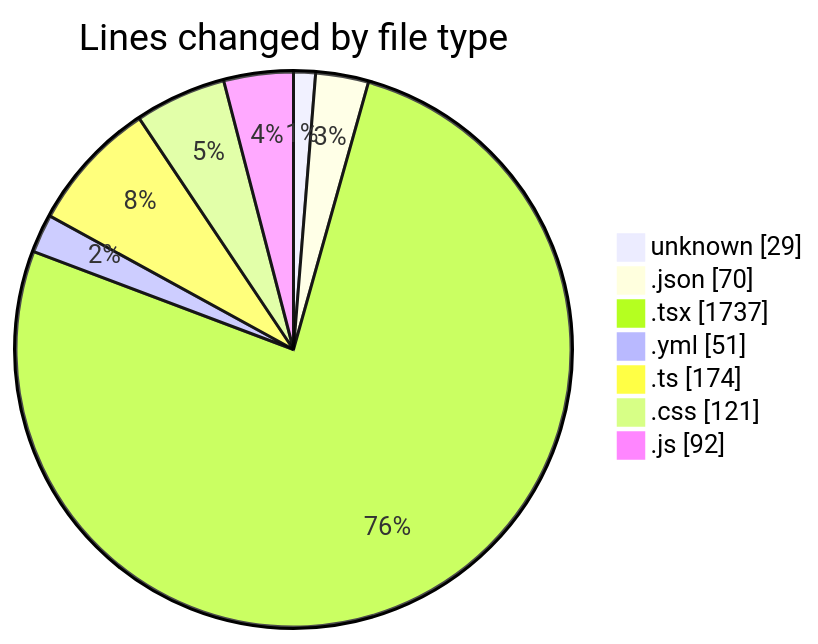
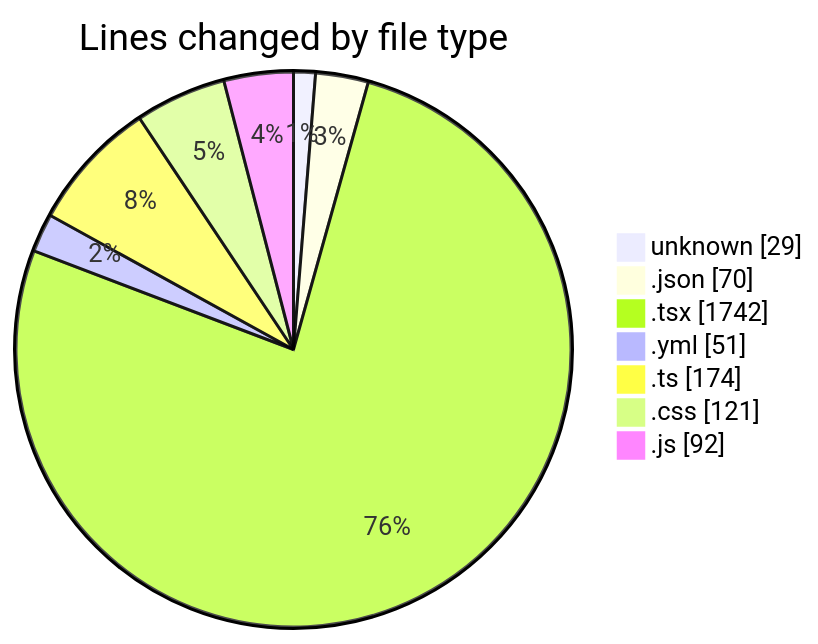
The first of 2 diagrams in 2025-01-14/mbc-web/README.md (robertbonfada/code-tracking), drawn with Mermaid before and after one commit. The commit also changed other lines of this file and 1 other file, not shown here.

````diff
--- a/2025-01-14/mbc-web/README.md
+++ b/2025-01-14/mbc-web/README.md
@@ -41,11 +41,11 @@
 ```mermaid
 pie showData
 title Lines changed by file type
 "unknown" : 29
 ".json" : 70
-".tsx" : 1737
+".tsx" : 1742
 ".yml" : 51
 ".ts" : 174
 ".css" : 121
 ".js" : 92
 ```
````
